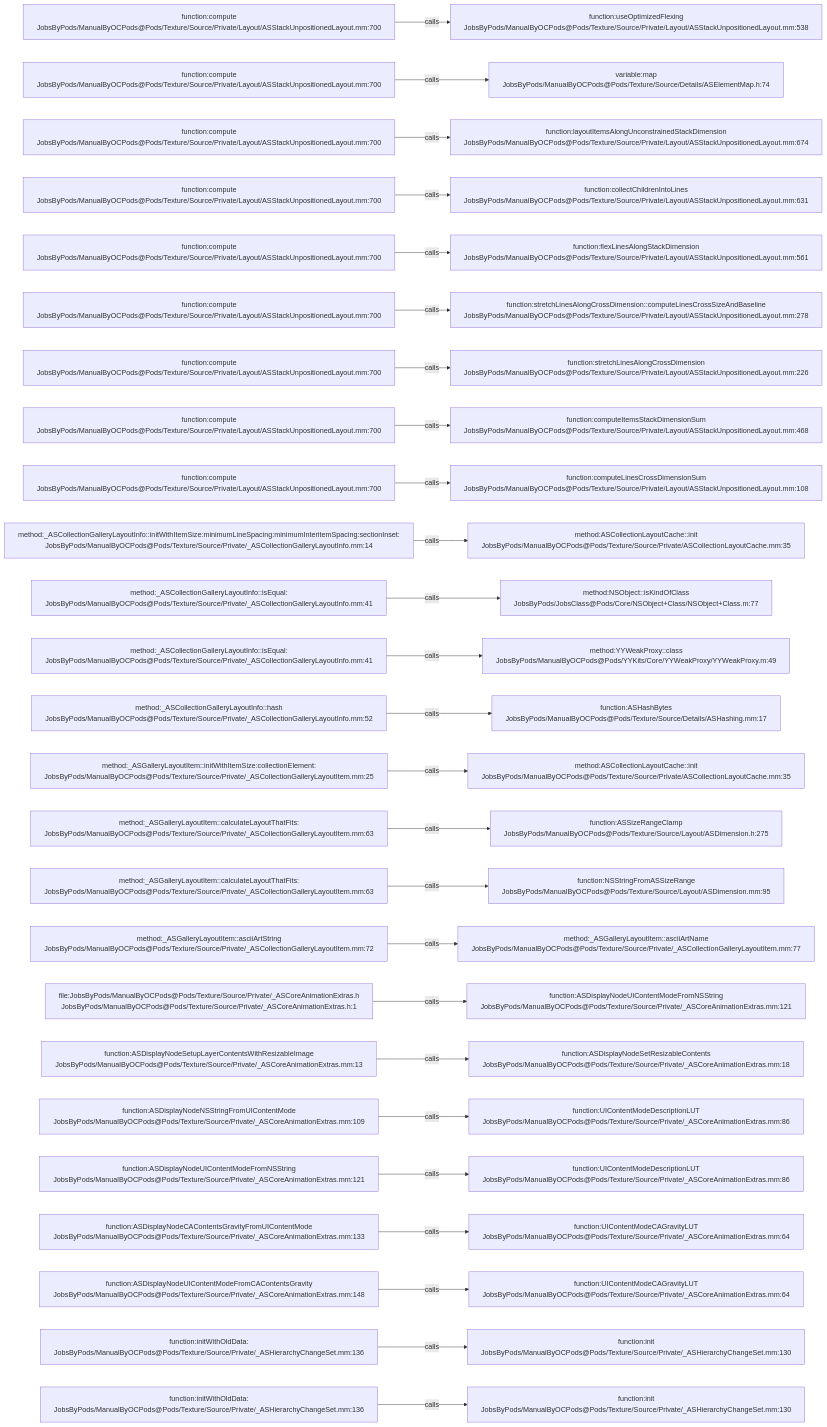
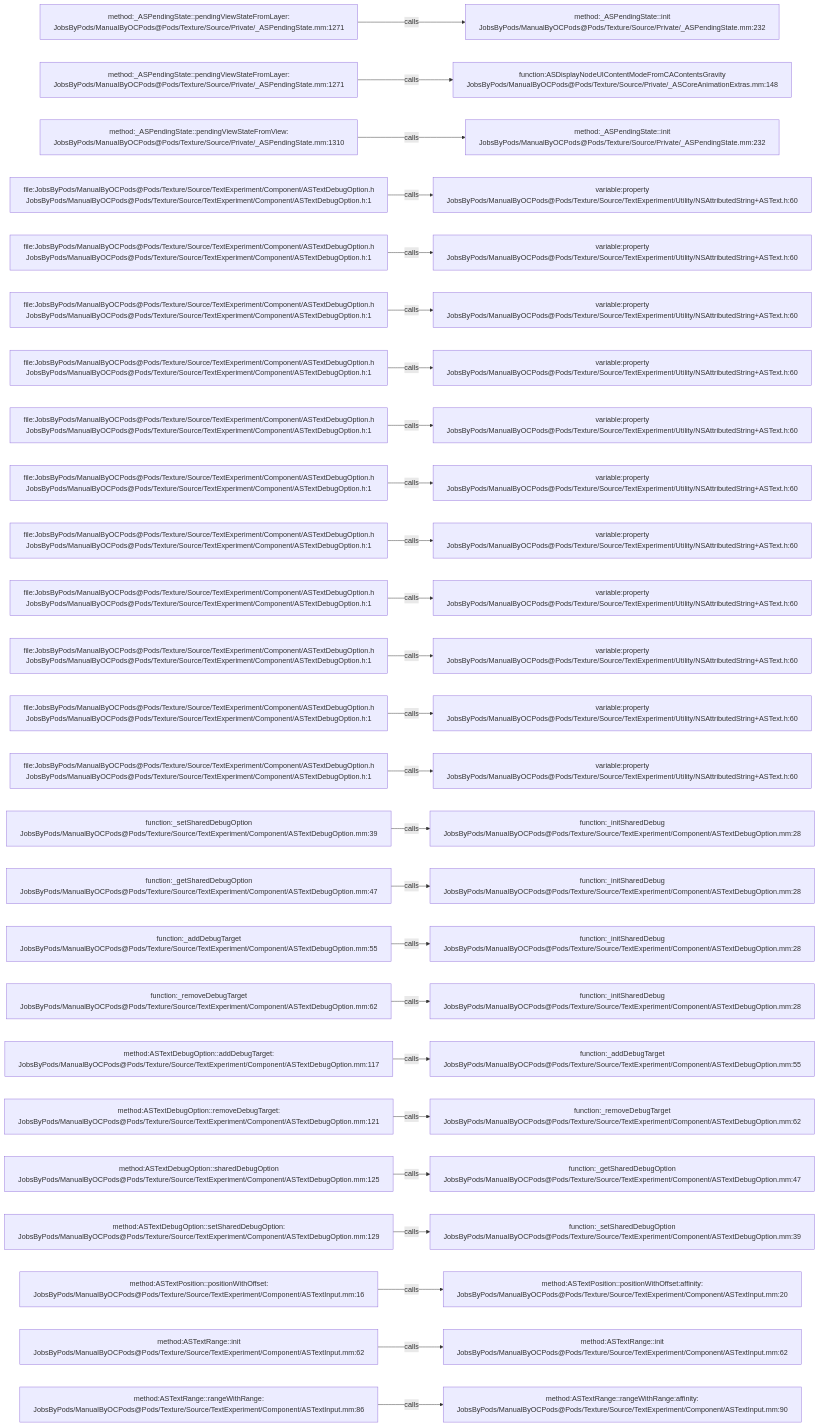
One commit to JobsKits/JobsOCBaseConfigDemo changed the diagram in .codegraph/codegraph.md/graphs/calls-198.md. Above: the diagram before and after it, drawn with Mermaid. The commit also changed 1353 other files, not shown here.

````diff
--- a/.codegraph/codegraph.md/graphs/calls-198.md
+++ b/.codegraph/codegraph.md/graphs/calls-198.md
@@ -13,78 +13,78 @@
 ```mermaid
 flowchart LR
-  S1["function:compute<br/>JobsByPods/ManualByOCPods@Pods/Texture/Source/Private/Layout/ASStackUnpositionedLayout.mm:700"]
-  T1["function:useOptimizedFlexing<br/>JobsByPods/ManualByOCPods@Pods/Texture/Source/Private/Layout/ASStackUnpositionedLayout.mm:538"]
+  S1["method:_ASPendingState::pendingViewStateFromLayer:<br/>JobsByPods/ManualByOCPods@Pods/Texture/Source/Private/_ASPendingState.mm:1271"]
+  T1["method:_ASPendingState::init<br/>JobsByPods/ManualByOCPods@Pods/Texture/Source/Private/_ASPendingState.mm:232"]
   S1 -->|calls| T1
-  S2["function:compute<br/>JobsByPods/ManualByOCPods@Pods/Texture/Source/Private/Layout/ASStackUnpositionedLayout.mm:700"]
-  T2["variable:map<br/>JobsByPods/ManualByOCPods@Pods/Texture/Source/Details/ASElementMap.h:74"]
+  S2["method:_ASPendingState::pendingViewStateFromLayer:<br/>JobsByPods/ManualByOCPods@Pods/Texture/Source/Private/_ASPendingState.mm:1271"]
+  T2["function:ASDisplayNodeUIContentModeFromCAContentsGravity<br/>JobsByPods/ManualByOCPods@Pods/Texture/Source/Private/_ASCoreAnimationExtras.mm:148"]
   S2 -->|calls| T2
-  S3["function:compute<br/>JobsByPods/ManualByOCPods@Pods/Texture/Source/Private/Layout/ASStackUnpositionedLayout.mm:700"]
-  T3["function:layoutItemsAlongUnconstrainedStackDimension<br/>JobsByPods/ManualByOCPods@Pods/Texture/Source/Private/Layout/ASStackUnpositionedLayout.mm:674"]
+  S3["method:_ASPendingState::pendingViewStateFromView:<br/>JobsByPods/ManualByOCPods@Pods/Texture/Source/Private/_ASPendingState.mm:1310"]
+  T3["method:_ASPendingState::init<br/>JobsByPods/ManualByOCPods@Pods/Texture/Source/Private/_ASPendingState.mm:232"]
   S3 -->|calls| T3
-  S4["function:compute<br/>JobsByPods/ManualByOCPods@Pods/Texture/Source/Private/Layout/ASStackUnpositionedLayout.mm:700"]
-  T4["function:collectChildrenIntoLines<br/>JobsByPods/ManualByOCPods@Pods/Texture/Source/Private/Layout/ASStackUnpositionedLayout.mm:631"]
+  S4["file:JobsByPods/ManualByOCPods@Pods/Texture/Source/TextExperiment/Component/ASTextDebugOption.h<br/>JobsByPods/ManualByOCPods@Pods/Texture/Source/TextExperiment/Component/ASTextDebugOption.h:1"]
+  T4["variable:property<br/>JobsByPods/ManualByOCPods@Pods/Texture/Source/TextExperiment/Utility/NSAttributedString+ASText.h:60"]
   S4 -->|calls| T4
-  S5["function:compute<br/>JobsByPods/ManualByOCPods@Pods/Texture/Source/Private/Layout/ASStackUnpositionedLayout.mm:700"]
-  T5["function:flexLinesAlongStackDimension<br/>JobsByPods/ManualByOCPods@Pods/Texture/Source/Private/Layout/ASStackUnpositionedLayout.mm:561"]
+  S5["file:JobsByPods/ManualByOCPods@Pods/Texture/Source/TextExperiment/Component/ASTextDebugOption.h<br/>JobsByPods/ManualByOCPods@Pods/Texture/Source/TextExperiment/Component/ASTextDebugOption.h:1"]
+  T5["variable:property<br/>JobsByPods/ManualByOCPods@Pods/Texture/Source/TextExperiment/Utility/NSAttributedString+ASText.h:60"]
   S5 -->|calls| T5
-  S6["function:compute<br/>JobsByPods/ManualByOCPods@Pods/Texture/Source/Private/Layout/ASStackUnpositionedLayout.mm:700"]
-  T6["function:stretchLinesAlongCrossDimension::computeLinesCrossSizeAndBaseline<br/>JobsByPods/ManualByOCPods@Pods/Texture/Source/Private/Layout/ASStackUnpositionedLayout.mm:278"]
+  S6["file:JobsByPods/ManualByOCPods@Pods/Texture/Source/TextExperiment/Component/ASTextDebugOption.h<br/>JobsByPods/ManualByOCPods@Pods/Texture/Source/TextExperiment/Component/ASTextDebugOption.h:1"]
+  T6["variable:property<br/>JobsByPods/ManualByOCPods@Pods/Texture/Source/TextExperiment/Utility/NSAttributedString+ASText.h:60"]
   S6 -->|calls| T6
-  S7["function:compute<br/>JobsByPods/ManualByOCPods@Pods/Texture/Source/Private/Layout/ASStackUnpositionedLayout.mm:700"]
-  T7["function:stretchLinesAlongCrossDimension<br/>JobsByPods/ManualByOCPods@Pods/Texture/Source/Private/Layout/ASStackUnpositionedLayout.mm:226"]
+  S7["file:JobsByPods/ManualByOCPods@Pods/Texture/Source/TextExperiment/Component/ASTextDebugOption.h<br/>JobsByPods/ManualByOCPods@Pods/Texture/Source/TextExperiment/Component/ASTextDebugOption.h:1"]
+  T7["variable:property<br/>JobsByPods/ManualByOCPods@Pods/Texture/Source/TextExperiment/Utility/NSAttributedString+ASText.h:60"]
   S7 -->|calls| T7
-  S8["function:compute<br/>JobsByPods/ManualByOCPods@Pods/Texture/Source/Private/Layout/ASStackUnpositionedLayout.mm:700"]
-  T8["function:computeItemsStackDimensionSum<br/>JobsByPods/ManualByOCPods@Pods/Texture/Source/Private/Layout/ASStackUnpositionedLayout.mm:468"]
+  S8["file:JobsByPods/ManualByOCPods@Pods/Texture/Source/TextExperiment/Component/ASTextDebugOption.h<br/>JobsByPods/ManualByOCPods@Pods/Texture/Source/TextExperiment/Component/ASTextDebugOption.h:1"]
+  T8["variable:property<br/>JobsByPods/ManualByOCPods@Pods/Texture/Source/TextExperiment/Utility/NSAttributedString+ASText.h:60"]
   S8 -->|calls| T8
-  S9["function:compute<br/>JobsByPods/ManualByOCPods@Pods/Texture/Source/Private/Layout/ASStackUnpositionedLayout.mm:700"]
-  T9["function:computeLinesCrossDimensionSum<br/>JobsByPods/ManualByOCPods@Pods/Texture/Source/Private/Layout/ASStackUnpositionedLayout.mm:108"]
+  S9["file:JobsByPods/ManualByOCPods@Pods/Texture/Source/TextExperiment/Component/ASTextDebugOption.h<br/>JobsByPods/ManualByOCPods@Pods/Texture/Source/TextExperiment/Component/ASTextDebugOption.h:1"]
+  T9["variable:property<br/>JobsByPods/ManualByOCPods@Pods/Texture/Source/TextExperiment/Utility/NSAttributedString+ASText.h:60"]
   S9 -->|calls| T9
-  S10["method:_ASCollectionGalleryLayoutInfo::initWithItemSize:minimumLineSpacing:minimumInteritemSpacing:sectionInset:<br/>JobsByPods/ManualByOCPods@Pods/Texture/Source/Private/_ASCollectionGalleryLayoutInfo.mm:14"]
-  T10["method:ASCollectionLayoutCache::init<br/>JobsByPods/ManualByOCPods@Pods/Texture/Source/Private/ASCollectionLayoutCache.mm:35"]
+  S10["file:JobsByPods/ManualByOCPods@Pods/Texture/Source/TextExperiment/Component/ASTextDebugOption.h<br/>JobsByPods/ManualByOCPods@Pods/Texture/Source/TextExperiment/Component/ASTextDebugOption.h:1"]
+  T10["variable:property<br/>JobsByPods/ManualByOCPods@Pods/Texture/Source/TextExperiment/Utility/NSAttributedString+ASText.h:60"]
   S10 -->|calls| T10
-  S11["method:_ASCollectionGalleryLayoutInfo::isEqual:<br/>JobsByPods/ManualByOCPods@Pods/Texture/Source/Private/_ASCollectionGalleryLayoutInfo.mm:41"]
-  T11["method:NSObject::isKindOfClass<br/>JobsByPods/JobsClass@Pods/Core/NSObject+Class/NSObject+Class.m:77"]
+  S11["file:JobsByPods/ManualByOCPods@Pods/Texture/Source/TextExperiment/Component/ASTextDebugOption.h<br/>JobsByPods/ManualByOCPods@Pods/Texture/Source/TextExperiment/Component/ASTextDebugOption.h:1"]
+  T11["variable:property<br/>JobsByPods/ManualByOCPods@Pods/Texture/Source/TextExperiment/Utility/NSAttributedString+ASText.h:60"]
   S11 -->|calls| T11
-  S12["method:_ASCollectionGalleryLayoutInfo::isEqual:<br/>JobsByPods/ManualByOCPods@Pods/Texture/Source/Private/_ASCollectionGalleryLayoutInfo.mm:41"]
-  T12["method:YYWeakProxy::class<br/>JobsByPods/ManualByOCPods@Pods/YYKits/Core/YYWeakProxy/YYWeakProxy.m:49"]
+  S12["file:JobsByPods/ManualByOCPods@Pods/Texture/Source/TextExperiment/Component/ASTextDebugOption.h<br/>JobsByPods/ManualByOCPods@Pods/Texture/Source/TextExperiment/Component/ASTextDebugOption.h:1"]
+  T12["variable:property<br/>JobsByPods/ManualByOCPods@Pods/Texture/Source/TextExperiment/Utility/NSAttributedString+ASText.h:60"]
   S12 -->|calls| T12
-  S13["method:_ASCollectionGalleryLayoutInfo::hash<br/>JobsByPods/ManualByOCPods@Pods/Texture/Source/Private/_ASCollectionGalleryLayoutInfo.mm:52"]
-  T13["function:ASHashBytes<br/>JobsByPods/ManualByOCPods@Pods/Texture/Source/Details/ASHashing.mm:17"]
+  S13["file:JobsByPods/ManualByOCPods@Pods/Texture/Source/TextExperiment/Component/ASTextDebugOption.h<br/>JobsByPods/ManualByOCPods@Pods/Texture/Source/TextExperiment/Component/ASTextDebugOption.h:1"]
+  T13["variable:property<br/>JobsByPods/ManualByOCPods@Pods/Texture/Source/TextExperiment/Utility/NSAttributedString+ASText.h:60"]
   S13 -->|calls| T13
-  S14["method:_ASGalleryLayoutItem::initWithItemSize:collectionElement:<br/>JobsByPods/ManualByOCPods@Pods/Texture/Source/Private/_ASCollectionGalleryLayoutItem.mm:25"]
-  T14["method:ASCollectionLayoutCache::init<br/>JobsByPods/ManualByOCPods@Pods/Texture/Source/Private/ASCollectionLayoutCache.mm:35"]
+  S14["file:JobsByPods/ManualByOCPods@Pods/Texture/Source/TextExperiment/Component/ASTextDebugOption.h<br/>JobsByPods/ManualByOCPods@Pods/Texture/Source/TextExperiment/Component/ASTextDebugOption.h:1"]
+  T14["variable:property<br/>JobsByPods/ManualByOCPods@Pods/Texture/Source/TextExperiment/Utility/NSAttributedString+ASText.h:60"]
   S14 -->|calls| T14
-  S15["method:_ASGalleryLayoutItem::calculateLayoutThatFits:<br/>JobsByPods/ManualByOCPods@Pods/Texture/Source/Private/_ASCollectionGalleryLayoutItem.mm:63"]
-  T15["function:ASSizeRangeClamp<br/>JobsByPods/ManualByOCPods@Pods/Texture/Source/Layout/ASDimension.h:275"]
+  S15["function:_setSharedDebugOption<br/>JobsByPods/ManualByOCPods@Pods/Texture/Source/TextExperiment/Component/ASTextDebugOption.mm:39"]
+  T15["function:_initSharedDebug<br/>JobsByPods/ManualByOCPods@Pods/Texture/Source/TextExperiment/Component/ASTextDebugOption.mm:28"]
   S15 -->|calls| T15
-  S16["method:_ASGalleryLayoutItem::calculateLayoutThatFits:<br/>JobsByPods/ManualByOCPods@Pods/Texture/Source/Private/_ASCollectionGalleryLayoutItem.mm:63"]
-  T16["function:NSStringFromASSizeRange<br/>JobsByPods/ManualByOCPods@Pods/Texture/Source/Layout/ASDimension.mm:95"]
+  S16["function:_getSharedDebugOption<br/>JobsByPods/ManualByOCPods@Pods/Texture/Source/TextExperiment/Component/ASTextDebugOption.mm:47"]
+  T16["function:_initSharedDebug<br/>JobsByPods/ManualByOCPods@Pods/Texture/Source/TextExperiment/Component/ASTextDebugOption.mm:28"]
   S16 -->|calls| T16
-  S17["method:_ASGalleryLayoutItem::asciiArtString<br/>JobsByPods/ManualByOCPods@Pods/Texture/Source/Private/_ASCollectionGalleryLayoutItem.mm:72"]
-  T17["method:_ASGalleryLayoutItem::asciiArtName<br/>JobsByPods/ManualByOCPods@Pods/Texture/Source/Private/_ASCollectionGalleryLayoutItem.mm:77"]
+  S17["function:_addDebugTarget<br/>JobsByPods/ManualByOCPods@Pods/Texture/Source/TextExperiment/Component/ASTextDebugOption.mm:55"]
+  T17["function:_initSharedDebug<br/>JobsByPods/ManualByOCPods@Pods/Texture/Source/TextExperiment/Component/ASTextDebugOption.mm:28"]
   S17 -->|calls| T17
-  S18["file:JobsByPods/ManualByOCPods@Pods/Texture/Source/Private/_ASCoreAnimationExtras.h<br/>JobsByPods/ManualByOCPods@Pods/Texture/Source/Private/_ASCoreAnimationExtras.h:1"]
-  T18["function:ASDisplayNodeUIContentModeFromNSString<br/>JobsByPods/ManualByOCPods@Pods/Texture/Source/Private/_ASCoreAnimationExtras.mm:121"]
+  S18["function:_removeDebugTarget<br/>JobsByPods/ManualByOCPods@Pods/Texture/Source/TextExperiment/Component/ASTextDebugOption.mm:62"]
+  T18["function:_initSharedDebug<br/>JobsByPods/ManualByOCPods@Pods/Texture/Source/TextExperiment/Component/ASTextDebugOption.mm:28"]
   S18 -->|calls| T18
-  S19["function:ASDisplayNodeSetupLayerContentsWithResizableImage<br/>JobsByPods/ManualByOCPods@Pods/Texture/Source/Private/_ASCoreAnimationExtras.mm:13"]
-  T19["function:ASDisplayNodeSetResizableContents<br/>JobsByPods/ManualByOCPods@Pods/Texture/Source/Private/_ASCoreAnimationExtras.mm:18"]
+  S19["method:ASTextDebugOption::addDebugTarget:<br/>JobsByPods/ManualByOCPods@Pods/Texture/Source/TextExperiment/Component/ASTextDebugOption.mm:117"]
+  T19["function:_addDebugTarget<br/>JobsByPods/ManualByOCPods@Pods/Texture/Source/TextExperiment/Component/ASTextDebugOption.mm:55"]
   S19 -->|calls| T19
-  S20["function:ASDisplayNodeNSStringFromUIContentMode<br/>JobsByPods/ManualByOCPods@Pods/Texture/Source/Private/_ASCoreAnimationExtras.mm:109"]
-  T20["function:UIContentModeDescriptionLUT<br/>JobsByPods/ManualByOCPods@Pods/Texture/Source/Private/_ASCoreAnimationExtras.mm:86"]
+  S20["method:ASTextDebugOption::removeDebugTarget:<br/>JobsByPods/ManualByOCPods@Pods/Texture/Source/TextExperiment/Component/ASTextDebugOption.mm:121"]
+  T20["function:_removeDebugTarget<br/>JobsByPods/ManualByOCPods@Pods/Texture/Source/TextExperiment/Component/ASTextDebugOption.mm:62"]
   S20 -->|calls| T20
-  S21["function:ASDisplayNodeUIContentModeFromNSString<br/>JobsByPods/ManualByOCPods@Pods/Texture/Source/Private/_ASCoreAnimationExtras.mm:121"]
-  T21["function:UIContentModeDescriptionLUT<br/>JobsByPods/ManualByOCPods@Pods/Texture/Source/Private/_ASCoreAnimationExtras.mm:86"]
+  S21["method:ASTextDebugOption::sharedDebugOption<br/>JobsByPods/ManualByOCPods@Pods/Texture/Source/TextExperiment/Component/ASTextDebugOption.mm:125"]
+  T21["function:_getSharedDebugOption<br/>JobsByPods/ManualByOCPods@Pods/Texture/Source/TextExperiment/Component/ASTextDebugOption.mm:47"]
   S21 -->|calls| T21
-  S22["function:ASDisplayNodeCAContentsGravityFromUIContentMode<br/>JobsByPods/ManualByOCPods@Pods/Texture/Source/Private/_ASCoreAnimationExtras.mm:133"]
-  T22["function:UIContentModeCAGravityLUT<br/>JobsByPods/ManualByOCPods@Pods/Texture/Source/Private/_ASCoreAnimationExtras.mm:64"]
+  S22["method:ASTextDebugOption::setSharedDebugOption:<br/>JobsByPods/ManualByOCPods@Pods/Texture/Source/TextExperiment/Component/ASTextDebugOption.mm:129"]
+  T22["function:_setSharedDebugOption<br/>JobsByPods/ManualByOCPods@Pods/Texture/Source/TextExperiment/Component/ASTextDebugOption.mm:39"]
   S22 -->|calls| T22
-  S23["function:ASDisplayNodeUIContentModeFromCAContentsGravity<br/>JobsByPods/ManualByOCPods@Pods/Texture/Source/Private/_ASCoreAnimationExtras.mm:148"]
-  T23["function:UIContentModeCAGravityLUT<br/>JobsByPods/ManualByOCPods@Pods/Texture/Source/Private/_ASCoreAnimationExtras.mm:64"]
+  S23["method:ASTextPosition::positionWithOffset:<br/>JobsByPods/ManualByOCPods@Pods/Texture/Source/TextExperiment/Component/ASTextInput.mm:16"]
+  T23["method:ASTextPosition::positionWithOffset:affinity:<br/>JobsByPods/ManualByOCPods@Pods/Texture/Source/TextExperiment/Component/ASTextInput.mm:20"]
   S23 -->|calls| T23
-  S24["function:initWithOldData:<br/>JobsByPods/ManualByOCPods@Pods/Texture/Source/Private/_ASHierarchyChangeSet.mm:136"]
-  T24["function:init<br/>JobsByPods/ManualByOCPods@Pods/Texture/Source/Private/_ASHierarchyChangeSet.mm:130"]
+  S24["method:ASTextRange::init<br/>JobsByPods/ManualByOCPods@Pods/Texture/Source/TextExperiment/Component/ASTextInput.mm:62"]
+  T24["method:ASTextRange::init<br/>JobsByPods/ManualByOCPods@Pods/Texture/Source/TextExperiment/Component/ASTextInput.mm:62"]
   S24 -->|calls| T24
-  S25["function:initWithOldData:<br/>JobsByPods/ManualByOCPods@Pods/Texture/Source/Private/_ASHierarchyChangeSet.mm:136"]
-  T25["function:init<br/>JobsByPods/ManualByOCPods@Pods/Texture/Source/Private/_ASHierarchyChangeSet.mm:130"]
+  S25["method:ASTextRange::rangeWithRange:<br/>JobsByPods/ManualByOCPods@Pods/Texture/Source/TextExperiment/Component/ASTextInput.mm:86"]
+  T25["method:ASTextRange::rangeWithRange:affinity:<br/>JobsByPods/ManualByOCPods@Pods/Texture/Source/TextExperiment/Component/ASTextInput.mm:90"]
   S25 -->|calls| T25
 ```
````
